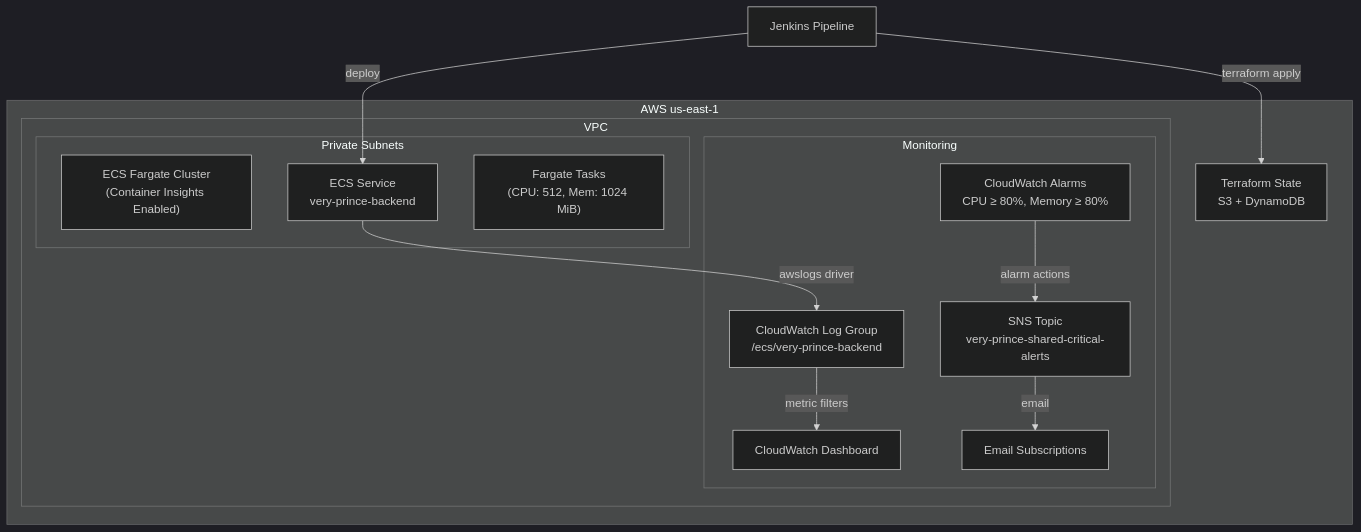
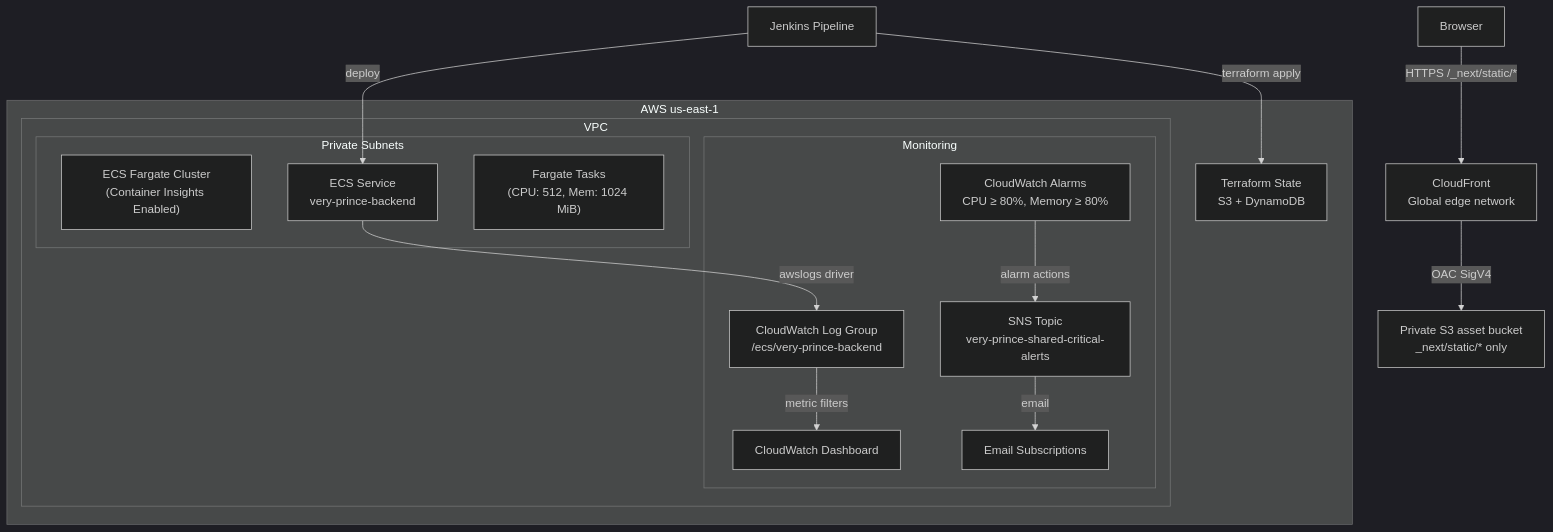
The diagram in docs/ARCHITECTURE.md (NkechiOgbuji/Very-Prince), drawn with Mermaid (dark theme) before and after one commit. The commit also changed other lines of this file and 7 other files, not shown here.

Commit message:
Configure AWS CloudFront CDN distribution with Terraform

````diff
--- a/docs/ARCHITECTURE.md
+++ b/docs/ARCHITECTURE.md
@@ -7,29 +7,31 @@
 ```mermaid
 flowchart TD
     subgraph AWS["AWS us-east-1"]
         subgraph VPC["VPC"]
             subgraph Private["Private Subnets"]
                 ECS["ECS Fargate Cluster\n(Container Insights Enabled)"]
                 Service["ECS Service\nvery-prince-backend"]
                 Task["Fargate Tasks\n(CPU: 512, Mem: 1024 MiB)"]
             end
             
             subgraph Monitoring["Monitoring"]
                 CWLogs["CloudWatch Log Group\n/ecs/very-prince-backend"]
                 CWDashboard["CloudWatch Dashboard"]
                 CWAlerts["CloudWatch Alarms\nCPU ≥ 80%, Memory ≥ 80%"]
                 SNSTopic["SNS Topic\nvery-prince-shared-critical-alerts"]
                 Email["Email Subscriptions"]
             end
         end
         
         State["Terraform State\nS3 + DynamoDB"]
     end
     
     Jenkins["Jenkins Pipeline"] -->|terraform apply| State
+    Browser["Browser"] -->|HTTPS /_next/static/*| CDN["CloudFront\nGlobal edge network"]
+    CDN -->|OAC SigV4| Assets["Private S3 asset bucket\n_next/static/* only"]
     Service -->|awslogs driver| CWLogs
     CWLogs -->|metric filters| CWDashboard
     CWAlerts -->|alarm actions| SNSTopic
     SNSTopic -->|email| Email
     Jenkins -->|deploy| Service
 ```
````
